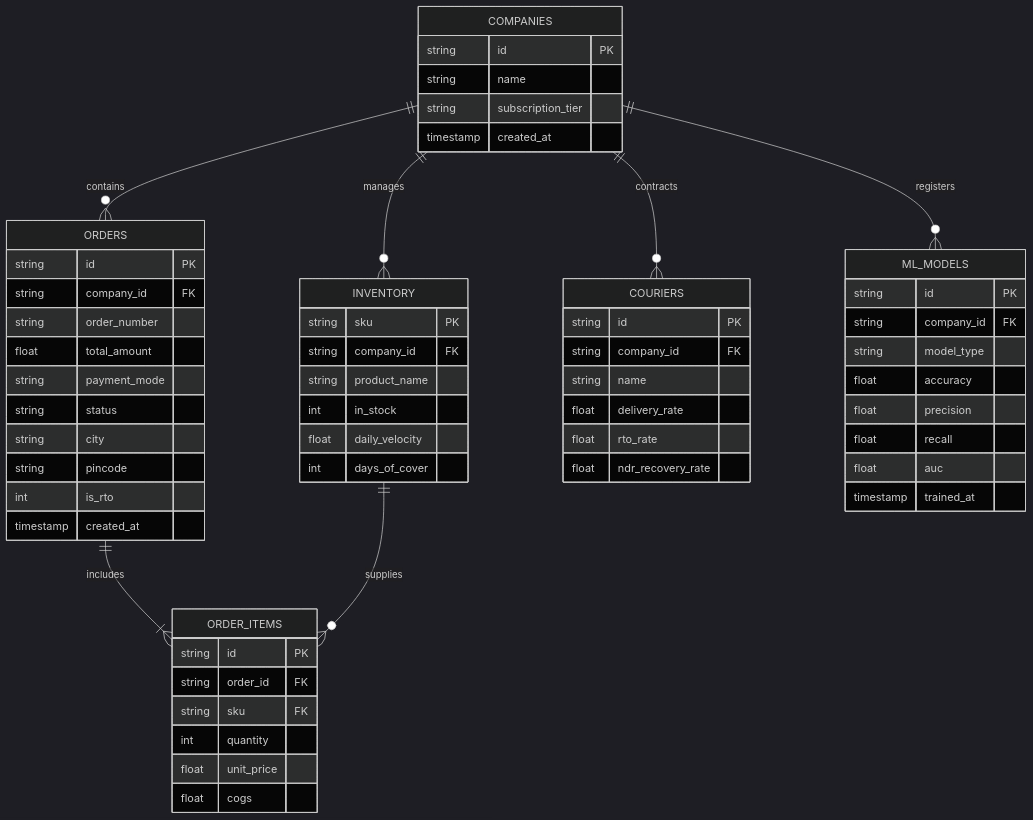
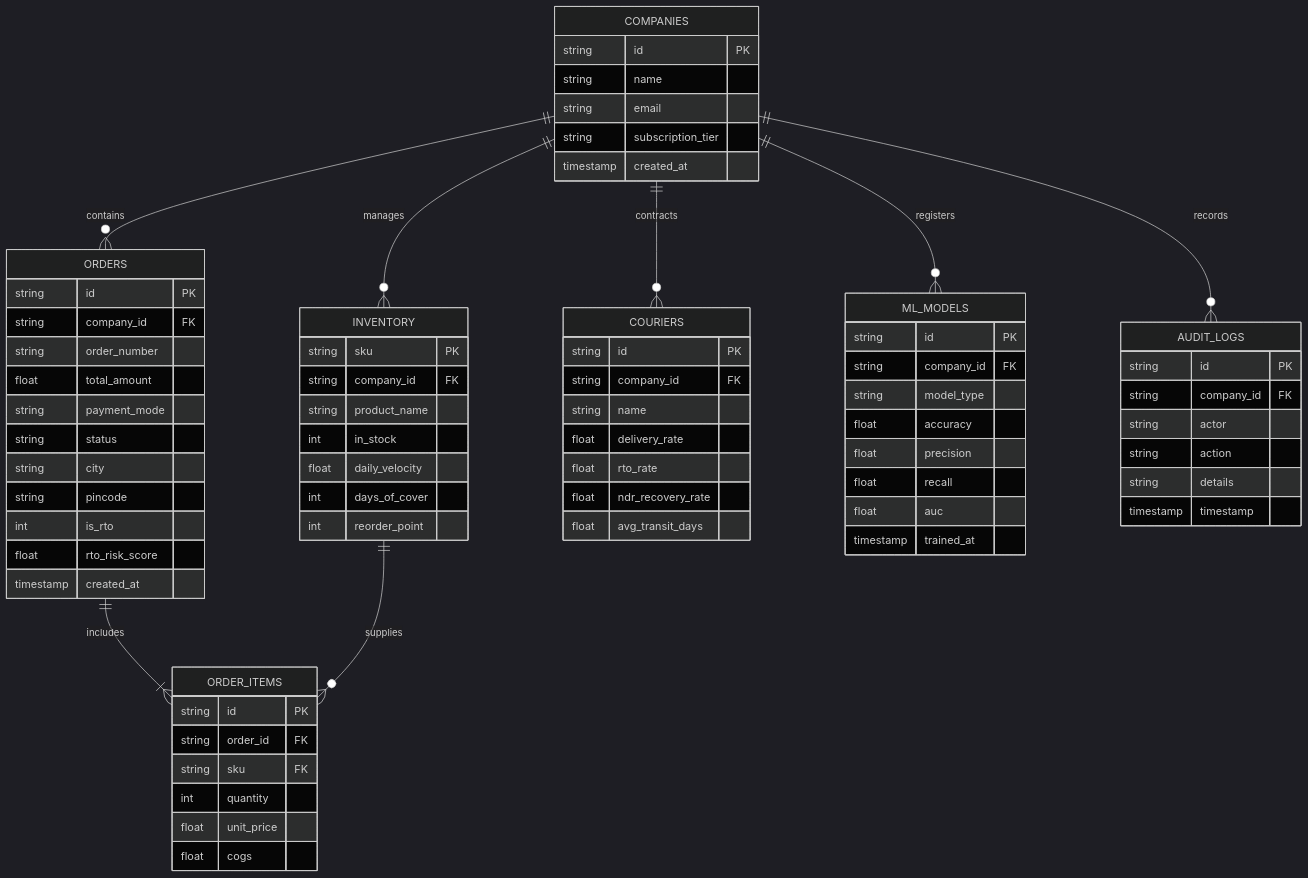
The second of 2 diagrams in README.md (kp056249-sudo/Krishna), drawn with Mermaid (dark theme) before and after one commit. The commit also changed other lines of this file and 2 other files, not shown here.

````diff
--- a/README.md
+++ b/README.md
@@ -120,67 +160,81 @@
 ```mermaid
 erDiagram
     COMPANIES ||--o{ ORDERS : contains
     COMPANIES ||--o{ INVENTORY : manages
     COMPANIES ||--o{ COURIERS : contracts
     COMPANIES ||--o{ ML_MODELS : registers
+    COMPANIES ||--o{ AUDIT_LOGS : records
     ORDERS ||--|{ ORDER_ITEMS : includes
     INVENTORY ||--o{ ORDER_ITEMS : supplies
 
     COMPANIES {
         string id PK
         string name
+        string email
         string subscription_tier
         timestamp created_at
     }
 
     ORDERS {
         string id PK
         string company_id FK
         string order_number
         float total_amount
         string payment_mode
         string status
         string city
         string pincode
         int is_rto
+        float rto_risk_score
         timestamp created_at
     }
 
     ORDER_ITEMS {
         string id PK
         string order_id FK
         string sku FK
         int quantity
         float unit_price
         float cogs
     }
 
     INVENTORY {
         string sku PK
         string company_id FK
         string product_name
         int in_stock
         float daily_velocity
         int days_of_cover
+        int reorder_point
     }
 
     COURIERS {
         string id PK
         string company_id FK
         string name
         float delivery_rate
         float rto_rate
         float ndr_recovery_rate
+        float avg_transit_days
     }
 
     ML_MODELS {
         string id PK
         string company_id FK
         string model_type
         float accuracy
         float precision
         float recall
         float auc
         timestamp trained_at
     }
+
+    AUDIT_LOGS {
+        string id PK
+        string company_id FK
+        string actor
+        string action
+        string details
+        timestamp timestamp
+    }
 ```
````
